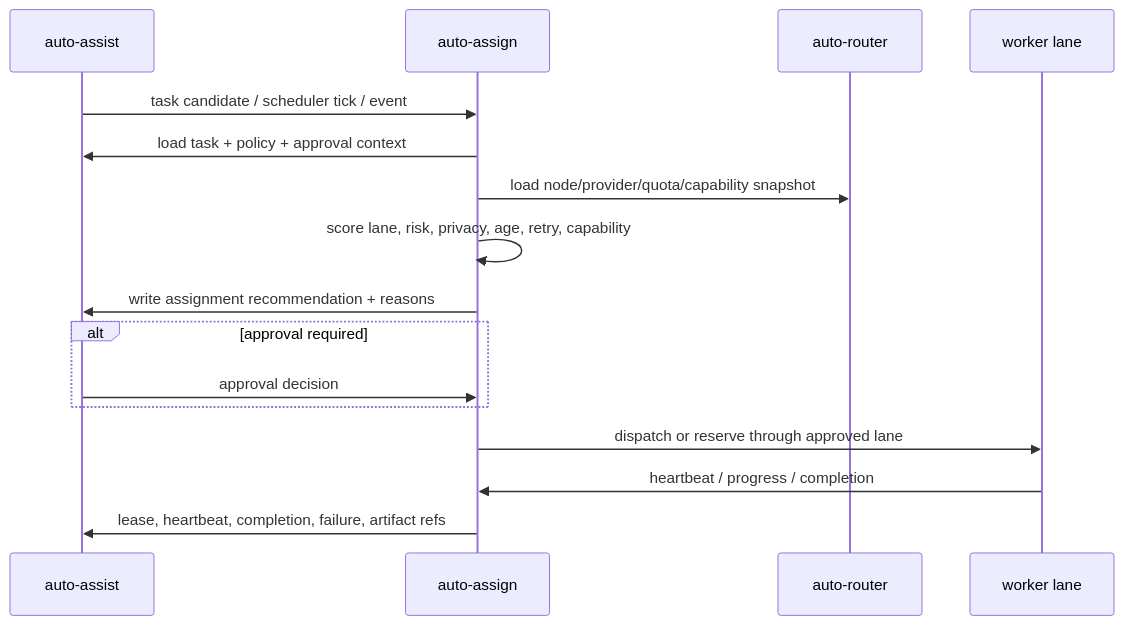
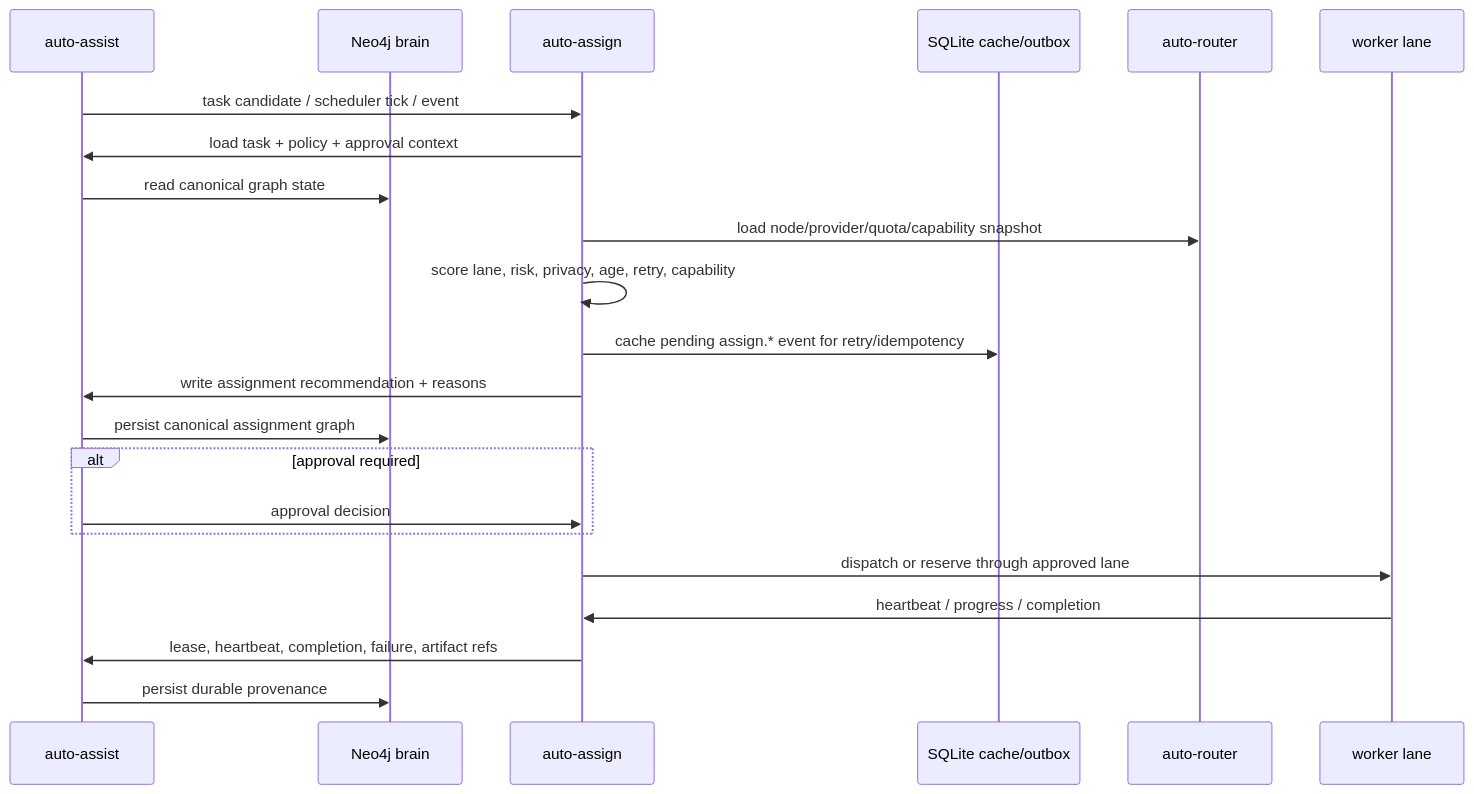
One commit to scottjoyner/auto-assign changed the second of 2 diagrams in README.md. Above: the diagram before and after it, drawn with Mermaid. The commit also changed other lines of this file, not shown here.

Commit message:
docs: clarify Neo4j is source of truth and SQLite is cache

````diff
--- a/README.md
+++ b/README.md
@@ -56,19 +64,25 @@
 ```mermaid
 sequenceDiagram
     participant AX as auto-assist
+    participant N as Neo4j brain
     participant AA as auto-assign
+    participant C as SQLite cache/outbox
     participant AR as auto-router
     participant W as worker lane
 
     AX->>AA: task candidate / scheduler tick / event
     AA->>AX: load task + policy + approval context
+    AX->>N: read canonical graph state
     AA->>AR: load node/provider/quota/capability snapshot
     AA->>AA: score lane, risk, privacy, age, retry, capability
+    AA->>C: cache pending assign.* event for retry/idempotency
     AA->>AX: write assignment recommendation + reasons
+    AX->>N: persist canonical assignment graph
     alt approval required
         AX->>AA: approval decision
     end
     AA->>W: dispatch or reserve through approved lane
     W->>AA: heartbeat / progress / completion
     AA->>AX: lease, heartbeat, completion, failure, artifact refs
+    AX->>N: persist durable provenance
 ```
````
